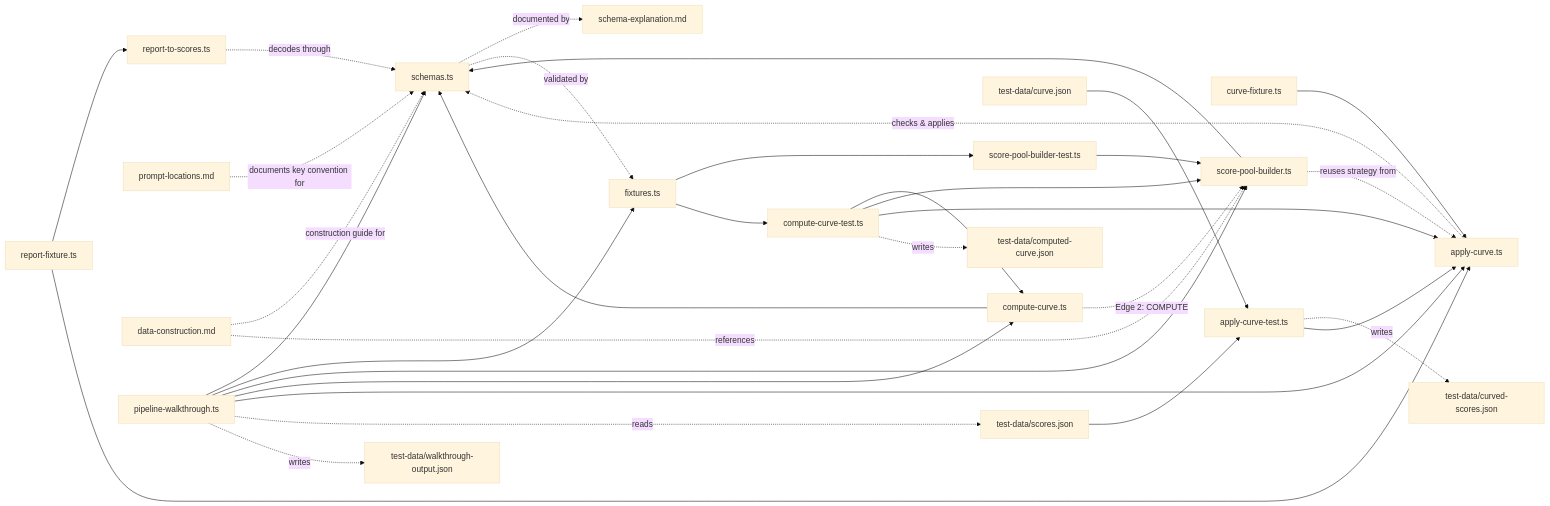
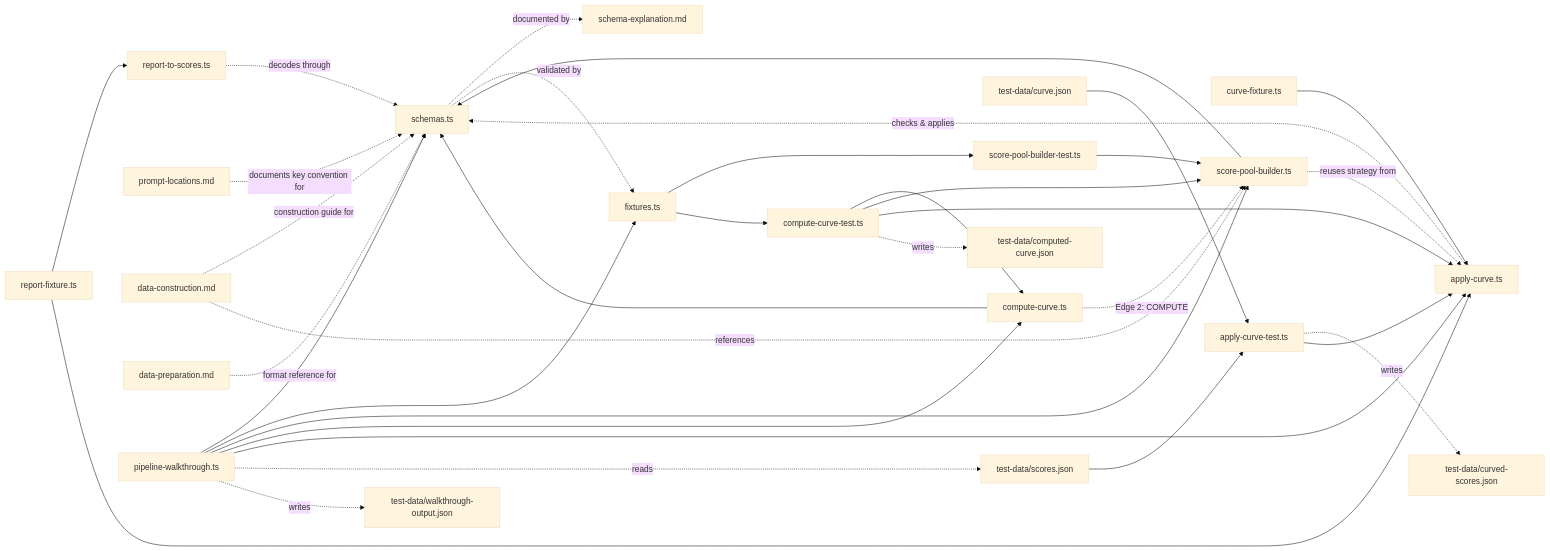
One commit to paideia-ai/tech-doc-axiia changed the diagram in score-post-llm-pipeline/v3-effect/index.md. Above: the diagram before and after it, drawn with Mermaid (base theme). The commit also changed other lines of this file and 1 other file, not shown here.

Commit message:
Add data preparation quick reference for raw JSON formats

````diff
--- a/score-post-llm-pipeline/v3-effect/index.md
+++ b/score-post-llm-pipeline/v3-effect/index.md
@@ -31,35 +32,36 @@
 ```mermaid
 graph LR
     S[schemas.ts] -. "documented by" .-> E[schema-explanation.md]
     S -. "validated by" .-> F[fixtures.ts]
     RF[report-fixture.ts] --> RT[report-to-scores.ts]
     RT -. "decodes through" .-> S
     CF[curve-fixture.ts] --> AC[apply-curve.ts]
     RF --> AC
     AC -. "checks & applies" .-> S
     SJ[test-data/scores.json] --> ACT[apply-curve-test.ts]
     CJ[test-data/curve.json] --> ACT
     ACT -. "writes" .-> CSJ[test-data/curved-scores.json]
     ACT --> AC
     PL[prompt-locations.md] -. "documents key convention for" .-> S
     DC[data-construction.md] -. "construction guide for" .-> S
     DC -. "references" .-> SPB
+    DP[data-preparation.md] -. "format reference for" .-> S
     SPB[score-pool-builder.ts] --> S
     SPB -. "reuses strategy from" .-> AC
     F --> SPBT[score-pool-builder-test.ts]
     SPBT --> SPB
     CC[compute-curve.ts] --> S
     CC -. "Edge 2: COMPUTE" .-> SPB
     F --> CCT[compute-curve-test.ts]
     CCT --> CC
     CCT --> SPB
     CCT --> AC
     CCT -. "writes" .-> CCJ[test-data/computed-curve.json]
     PW[pipeline-walkthrough.ts] --> S
     PW --> F
     PW --> SPB
     PW --> CC
     PW --> AC
     PW -. "reads" .-> SJ
     PW -. "writes" .-> WOJ[test-data/walkthrough-output.json]
 ```
````
